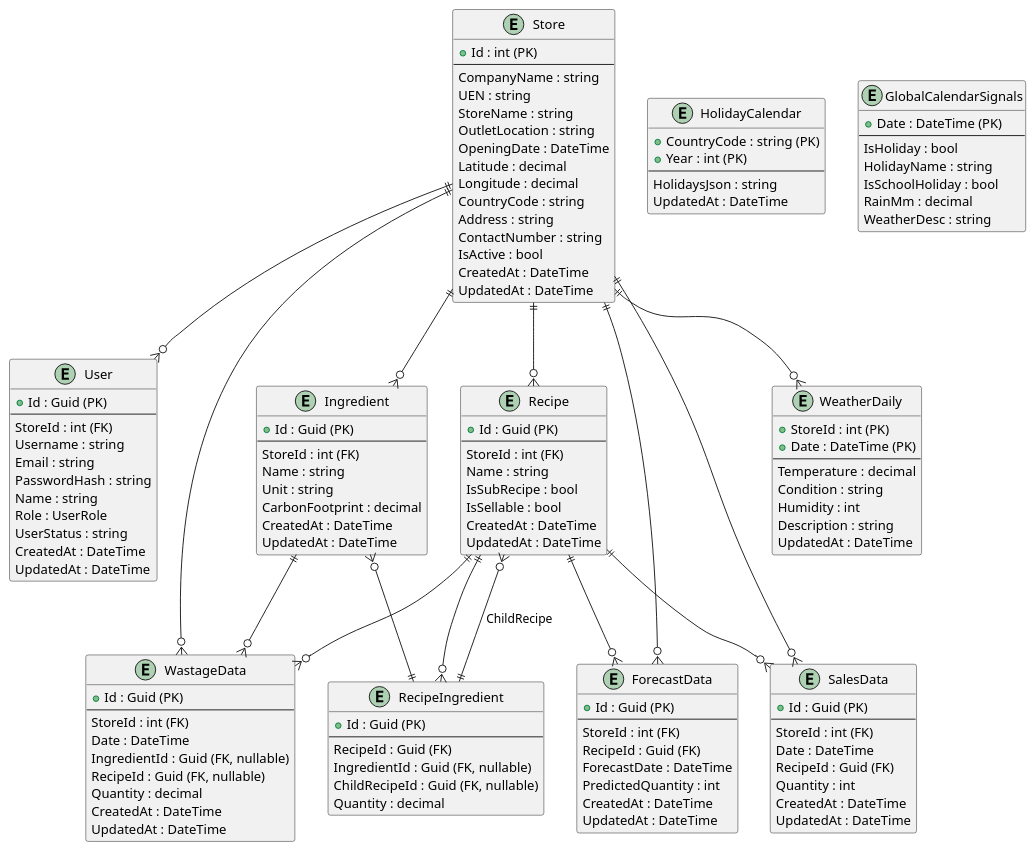
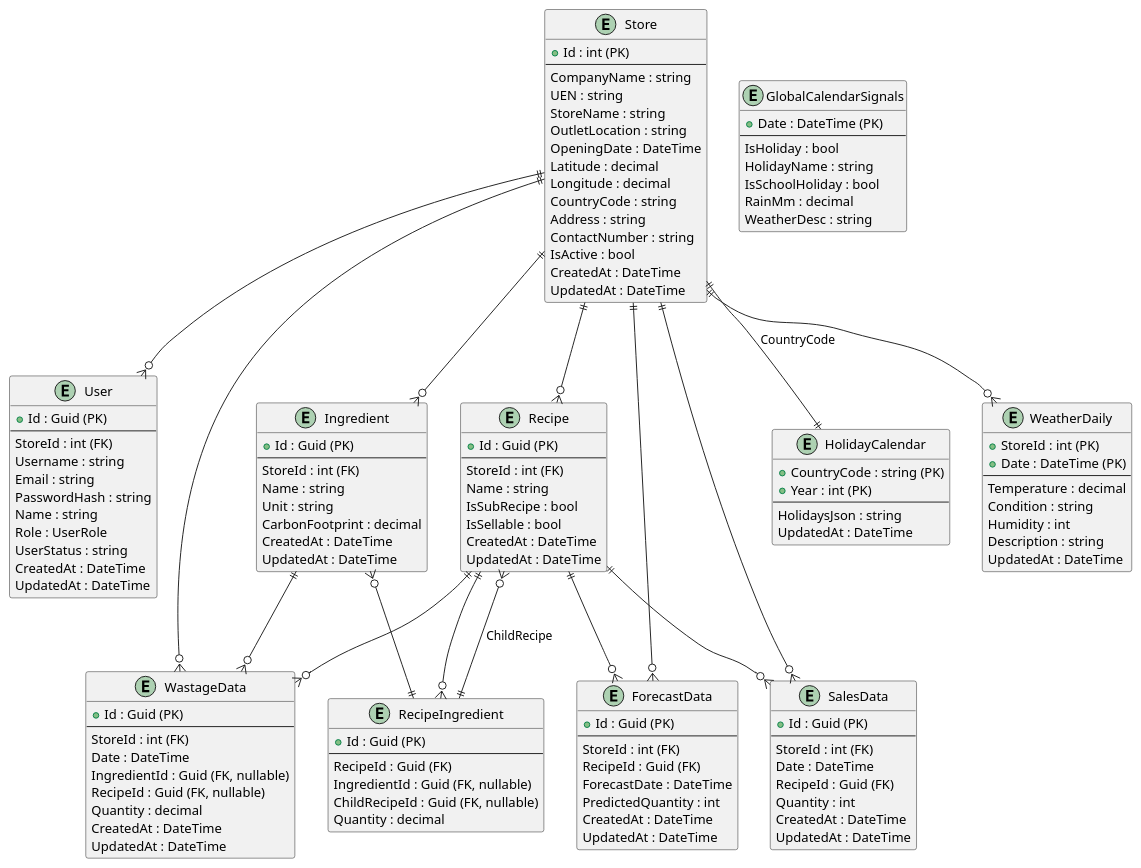
One commit to xiaxiaobo2018/SmartSusChef changed the diagram in architecture/ERD_6Feb2026.puml. Above: the diagram before and after it, drawn with PlantUML. The commit also changed 1 other file, not shown here.

Commit message:
Update on ERD

```diff
--- a/architecture/ERD_6Feb2026.puml
+++ b/architecture/ERD_6Feb2026.puml
@@ -1,148 +1,150 @@
 @startuml
 hide empty members
 
 entity "Store" as Store {
   + Id : int (PK)
   --
   CompanyName : string
   UEN : string
   StoreName : string
   OutletLocation : string
   OpeningDate : DateTime
   Latitude : decimal
   Longitude : decimal
   CountryCode : string
   Address : string
   ContactNumber : string
   IsActive : bool
   CreatedAt : DateTime
   UpdatedAt : DateTime
 }
 
 entity "User" as User {
   + Id : Guid (PK)
   --
   StoreId : int (FK)
   Username : string
   Email : string
   PasswordHash : string
   Name : string
   Role : UserRole
   UserStatus : string
   CreatedAt : DateTime
   UpdatedAt : DateTime
 }
 
 entity "Ingredient" as Ingredient {
   + Id : Guid (PK)
   --
   StoreId : int (FK)
   Name : string
   Unit : string
   CarbonFootprint : decimal
   CreatedAt : DateTime
   UpdatedAt : DateTime
 }
 
 entity "Recipe" as Recipe {
   + Id : Guid (PK)
   --
   StoreId : int (FK)
   Name : string
   IsSubRecipe : bool
   IsSellable : bool
   CreatedAt : DateTime
   UpdatedAt : DateTime
 }
 
 entity "RecipeIngredient" as RecipeIngredient {
   + Id : Guid (PK)
   --
   RecipeId : Guid (FK)
   IngredientId : Guid (FK, nullable)
   ChildRecipeId : Guid (FK, nullable)
   Quantity : decimal
 }
 
 entity "SalesData" as SalesData {
   + Id : Guid (PK)
   --
   StoreId : int (FK)
   Date : DateTime
   RecipeId : Guid (FK)
   Quantity : int
   CreatedAt : DateTime
   UpdatedAt : DateTime
 }
 
 entity "WastageData" as WastageData {
   + Id : Guid (PK)
   --
   StoreId : int (FK)
   Date : DateTime
   IngredientId : Guid (FK, nullable)
   RecipeId : Guid (FK, nullable)
   Quantity : decimal
   CreatedAt : DateTime
   UpdatedAt : DateTime
 }
 
 entity "ForecastData" as ForecastData {
   + Id : Guid (PK)
   --
   StoreId : int (FK)
   RecipeId : Guid (FK)
   ForecastDate : DateTime
   PredictedQuantity : int
   CreatedAt : DateTime
   UpdatedAt : DateTime
 }
 
 entity "HolidayCalendar" as HolidayCalendar {
   + CountryCode : string (PK)
   + Year : int (PK)
   --
   HolidaysJson : string
   UpdatedAt : DateTime
 }
 
 entity "WeatherDaily" as WeatherDaily {
   + StoreId : int (PK)
   + Date : DateTime (PK)
   --
   Temperature : decimal
   Condition : string
   Humidity : int
   Description : string
   UpdatedAt : DateTime
 }
 
 entity "GlobalCalendarSignals" as GlobalCalendarSignals {
   + Date : DateTime (PK)
   --
   IsHoliday : bool
   HolidayName : string
   IsSchoolHoliday : bool
   RainMm : decimal
   WeatherDesc : string
 }
 
 
 ' Relationships
 Store ||--o{ User
 Store ||--o{ Ingredient
 Store ||--o{ Recipe
 Store ||--o{ SalesData
 Store ||--o{ WastageData
 Store ||--o{ ForecastData
 Store ||--o{ WeatherDaily
 
 Recipe ||--o{ SalesData
+Store ||--|| HolidayCalendar : "CountryCode"
+
 Recipe ||--o{ WastageData
 Ingredient ||--o{ WastageData
 Recipe ||--o{ RecipeIngredient
 Ingredient }o--|| RecipeIngredient
 Recipe }o--|| RecipeIngredient : "ChildRecipe"
 Recipe ||--o{ ForecastData
 
 @enduml
```
